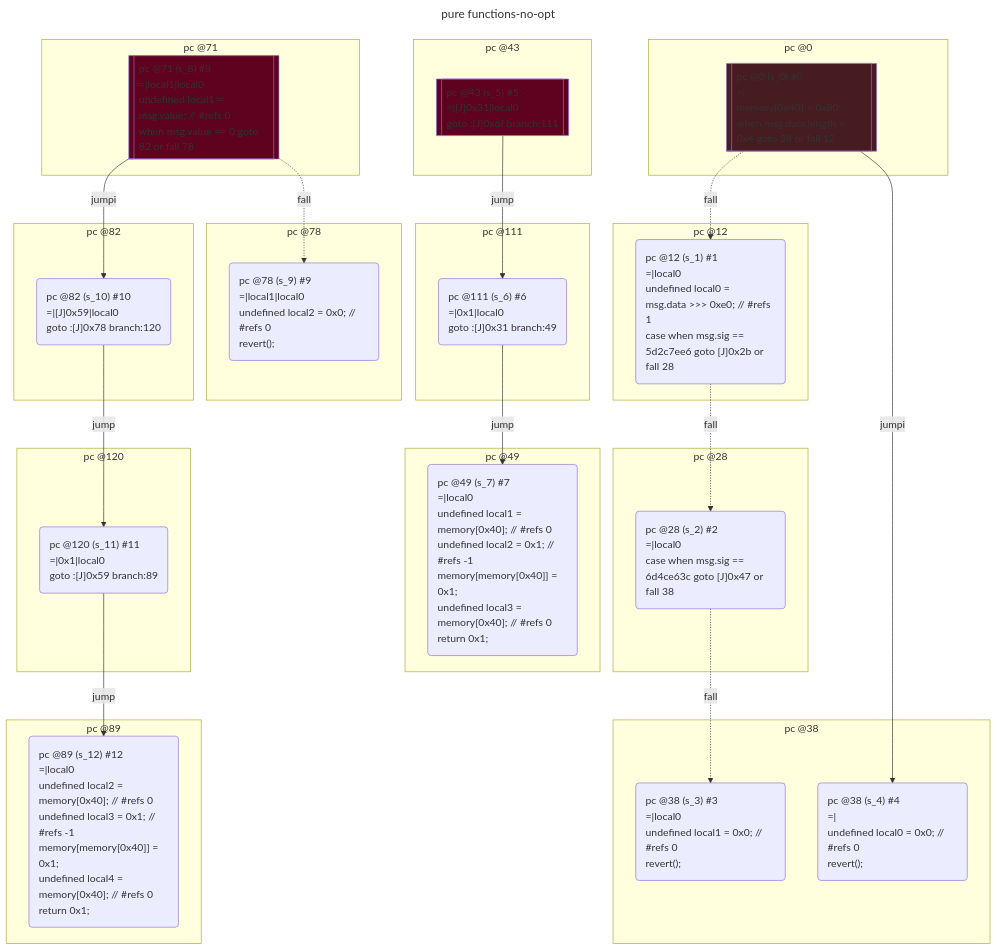
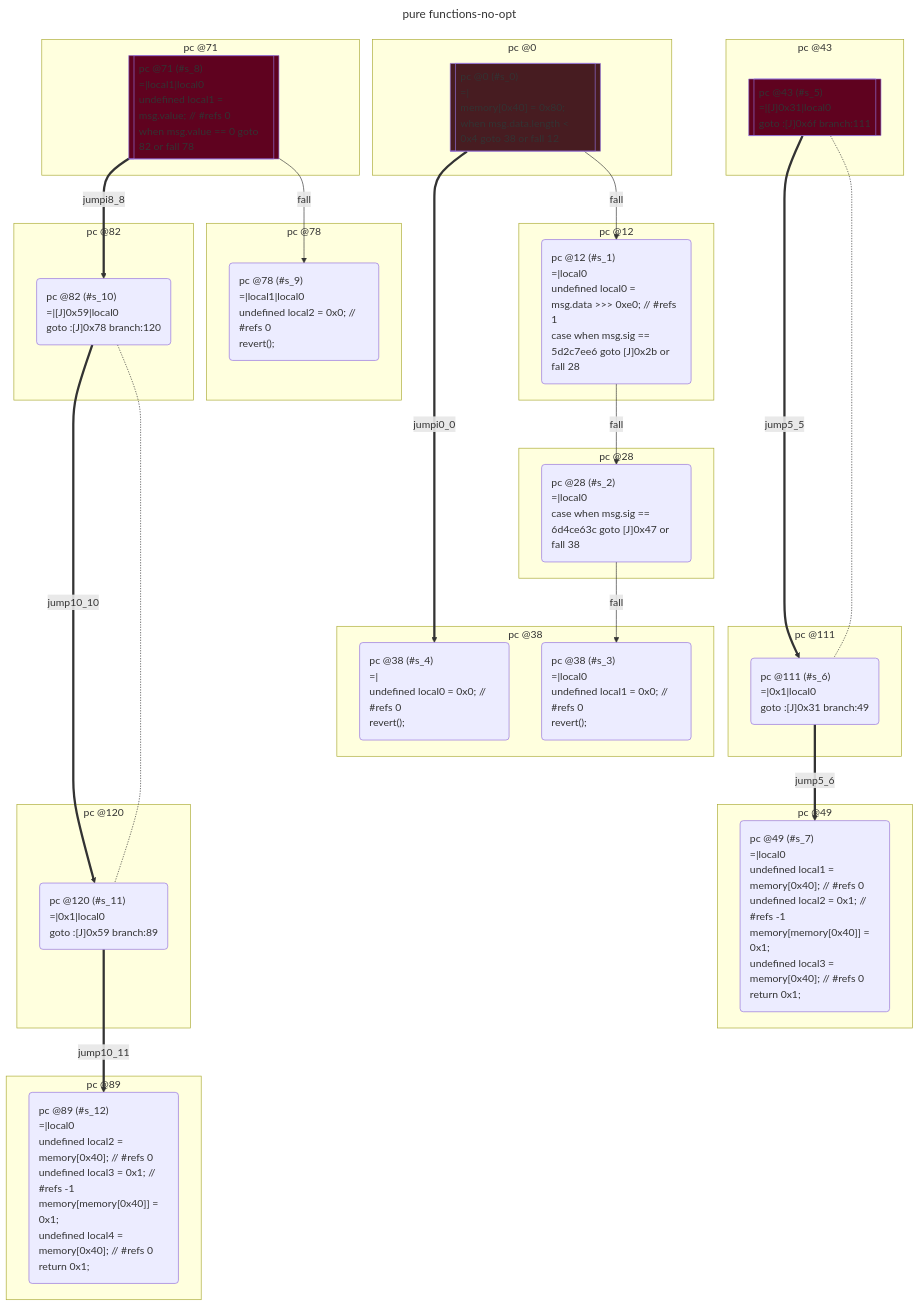
Before and after one commit to acuarica/evm: the first of 2 diagrams in test/__snapshots__/contracts/dispatch/pure-functions.snap.md, drawn with Mermaid. The commit also changed other lines of this file and 25 other files, not shown here.

````diff
--- a/test/__snapshots__/contracts/dispatch/pure-functions.snap.md
+++ b/test/__snapshots__/contracts/dispatch/pure-functions.snap.md
@@ -86,7 +86,7 @@
 flowchart TD
   classDef state text-align:left
   subgraph cluster_0 ["pc @0"]
-    s_0[["pc @0 (s_0) #0
+    s_0[["pc @0 (#s_0)
 =|
 memory[0x40] = 0x80;
 when msg.data.length < 0x4 goto 38 or fall 12
@@ -95,7 +95,7 @@
     style s_0 fill:#471C21
   end
   subgraph cluster_12 ["pc @12"]
-    s_1("pc @12 (s_1) #1
+    s_1("pc @12 (#s_1)
 =|local0
 undefined local0 = msg.data >>> 0xe0; // #refs 1
 case when msg.sig == 5d2c7ee6 goto [J]0x2b or fall 28
@@ -103,20 +103,20 @@
     class s_1 state
   end
   subgraph cluster_28 ["pc @28"]
-    s_2("pc @28 (s_2) #2
+    s_2("pc @28 (#s_2)
 =|local0
 case when msg.sig == 6d4ce63c goto [J]0x47 or fall 38
 ")
     class s_2 state
   end
   subgraph cluster_38 ["pc @38"]
-    s_3("pc @38 (s_3) #3
+    s_3("pc @38 (#s_3)
 =|local0
 undefined local1 = 0x0; // #refs 0
 revert();
 ")
     class s_3 state
-    s_4("pc @38 (s_4) #4
+    s_4("pc @38 (#s_4)
 =|
 undefined local0 = 0x0; // #refs 0
 revert();
@@ -124,7 +124,7 @@
     class s_4 state
   end
   subgraph cluster_43 ["pc @43"]
-    s_5[["pc @43 (s_5) #5
+    s_5[["pc @43 (#s_5)
 =|[J]0x31|local0
 goto :[J]0x6f branch:111
 "]]
@@ -132,14 +132,14 @@
     style s_5 fill:#5F021F
   end
   subgraph cluster_111 ["pc @111"]
-    s_6("pc @111 (s_6) #6
+    s_6("pc @111 (#s_6)
 =|0x1|local0
 goto :[J]0x31 branch:49
 ")
     class s_6 state
   end
   subgraph cluster_49 ["pc @49"]
-    s_7("pc @49 (s_7) #7
+    s_7("pc @49 (#s_7)
 =|local0
 undefined local1 = memory[0x40]; // #refs 0
 undefined local2 = 0x1; // #refs -1
@@ -150,7 +150,7 @@
     class s_7 state
   end
   subgraph cluster_71 ["pc @71"]
-    s_8[["pc @71 (s_8) #8
+    s_8[["pc @71 (#s_8)
 =|local1|local0
 undefined local1 = msg.value; // #refs 0
 when msg.value == 0 goto 82 or fall 78
@@ -159,7 +159,7 @@
     style s_8 fill:#5F021F
   end
   subgraph cluster_78 ["pc @78"]
-    s_9("pc @78 (s_9) #9
+    s_9("pc @78 (#s_9)
 =|local1|local0
 undefined local2 = 0x0; // #refs 0
 revert();
@@ -167,21 +167,21 @@
     class s_9 state
   end
   subgraph cluster_82 ["pc @82"]
-    s_10("pc @82 (s_10) #10
+    s_10("pc @82 (#s_10)
 =|[J]0x59|local0
 goto :[J]0x78 branch:120
 ")
     class s_10 state
   end
   subgraph cluster_120 ["pc @120"]
-    s_11("pc @120 (s_11) #11
+    s_11("pc @120 (#s_11)
 =|0x1|local0
 goto :[J]0x59 branch:89
 ")
     class s_11 state
   end
   subgraph cluster_89 ["pc @89"]
-    s_12("pc @89 (s_12) #12
+    s_12("pc @89 (#s_12)
 =|local0
 undefined local2 = memory[0x40]; // #refs 0
 undefined local3 = 0x1; // #refs -1
@@ -191,15 +191,17 @@
 ")
     class s_12 state
   end
-  s_0 -- jumpi --> s_4;
-  s_0 -. fall .-> s_1;
-  s_1 -. fall .-> s_2;
-  s_2 -. fall .-> s_3;
-  s_5 -- jump --> s_6;
-  s_6 -- jump --> s_7;
-  s_8 -- jumpi --> s_10;
-  s_8 -. fall .-> s_9;
-  s_10 -- jump --> s_11;
-  s_11 -- jump --> s_12;
+  s_0 == jumpi0_0 ==> s_4;
+  s_0 -- fall --> s_1;
+  s_1 -- fall --> s_2;
+  s_2 -- fall --> s_3;
+  s_5 == jump5_5 ==> s_6;
+  s_6 == jump5_6 ==> s_7;
+  s_5 -...- s_6;
+  s_8 == jumpi8_8 ==> s_10;
+  s_8 -- fall --> s_9;
+  s_10 == jump10_10 ==> s_11;
+  s_11 == jump10_11 ==> s_12;
+  s_10 -...- s_11;
 
 ```
````
